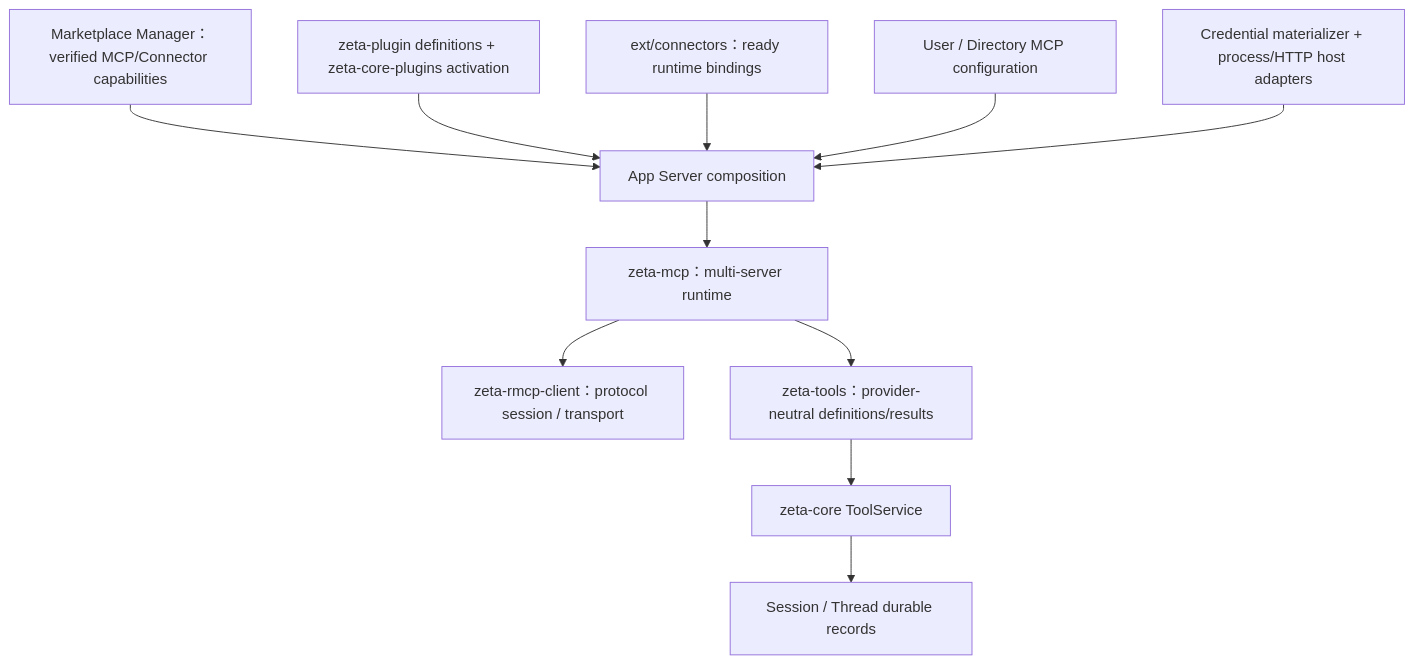
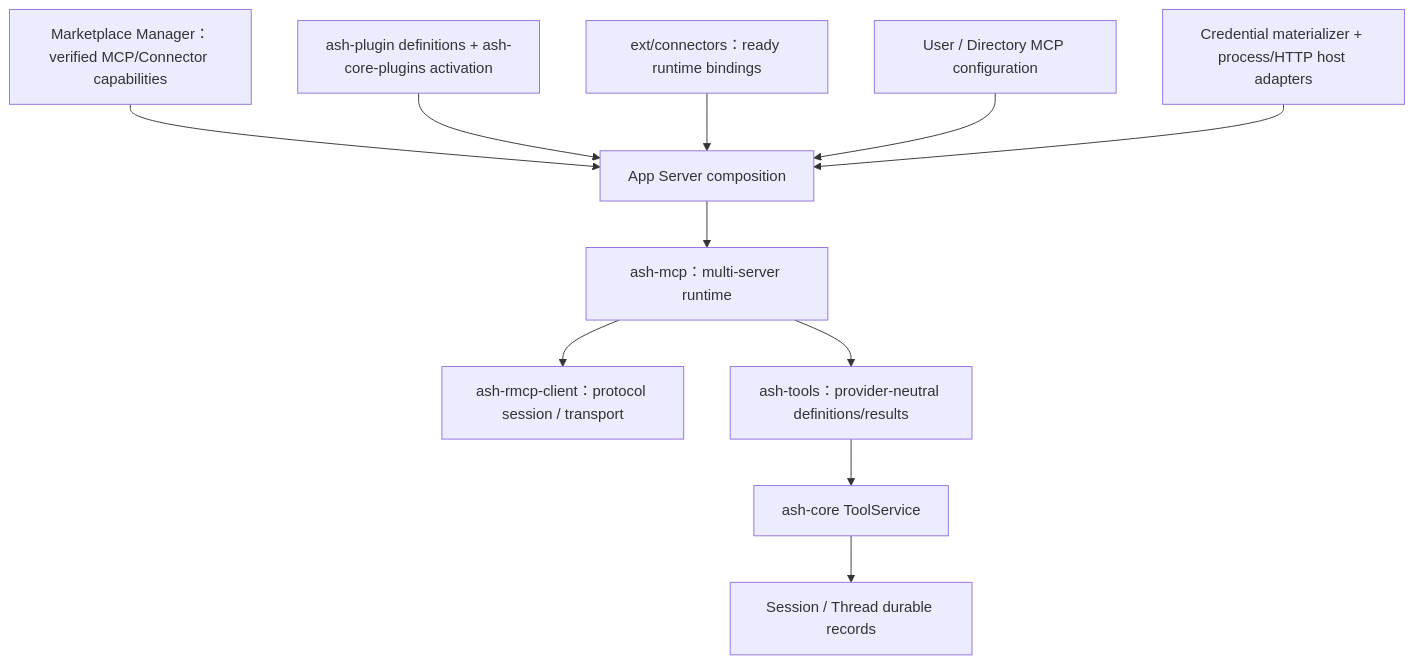
Before and after one commit to chogng/zeta: the second of 2 diagrams in docs/mcp.md, drawn with Mermaid. The commit also changed other lines of this file and 7718 other files, not shown here.

Commit message:
refactor: rename zeta to ash

````diff
--- a/docs/mcp.md
+++ b/docs/mcp.md
@@ -198,13 +198,13 @@
 ```mermaid
 flowchart TD
     P["Marketplace Manager：verified MCP/Connector capabilities"] --> A["App Server composition"]
-    L["zeta-plugin definitions + zeta-core-plugins activation"] --> A
+    L["ash-plugin definitions + ash-core-plugins activation"] --> A
     C["ext/connectors：ready runtime bindings"] --> A
     U["User / Directory MCP configuration"] --> A
     H["Credential materializer + process/HTTP host adapters"] --> A
-    A --> M["zeta-mcp：multi-server runtime"]
-    M --> R["zeta-rmcp-client：protocol session / transport"]
-    M --> Z["zeta-tools：provider-neutral definitions/results"]
-    Z --> K["zeta-core ToolService"]
+    A --> M["ash-mcp：multi-server runtime"]
+    M --> R["ash-rmcp-client：protocol session / transport"]
+    M --> Z["ash-tools：provider-neutral definitions/results"]
+    Z --> K["ash-core ToolService"]
     K --> D["Session / Thread durable records"]
 ```
````
